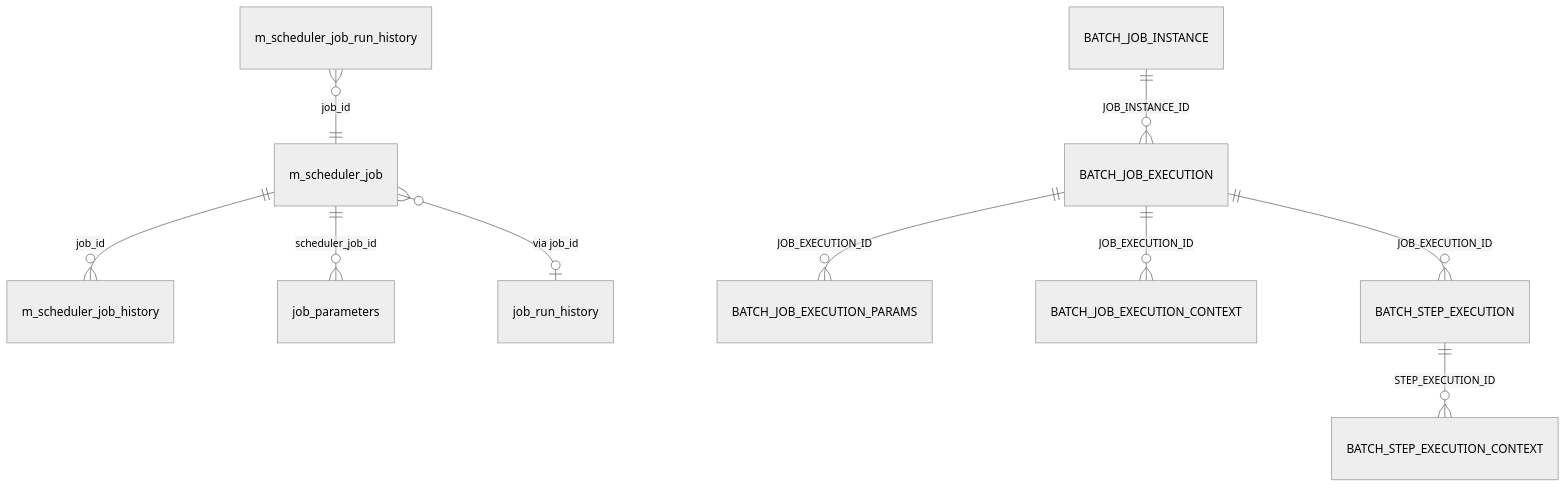
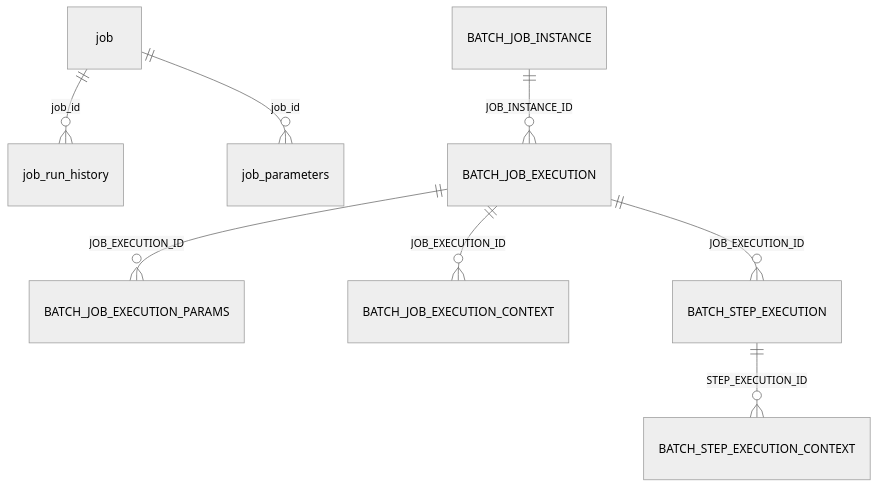
The diagram in models/jobs-model.mdx (mintlify-atlas/docs-wiki-7f6244b0), drawn with Mermaid (neutral theme) before and after one commit. The commit also changed other lines of this file and 28 other files, not shown here.

````diff
--- a/models/jobs-model.mdx
+++ b/models/jobs-model.mdx
@@ -16,12 +16,10 @@
 ```mermaid
 erDiagram
-    m_scheduler_job ||--o{ m_scheduler_job_history : "job_id"
-    m_scheduler_job ||--o{ job_parameters : "scheduler_job_id"
-    m_scheduler_job }o--o| job_run_history : "via job_id"
+    job ||--o{ job_run_history : "job_id"
+    job ||--o{ job_parameters : "job_id"
     BATCH_JOB_INSTANCE ||--o{ BATCH_JOB_EXECUTION : "JOB_INSTANCE_ID"
     BATCH_JOB_EXECUTION ||--o{ BATCH_JOB_EXECUTION_PARAMS : "JOB_EXECUTION_ID"
     BATCH_JOB_EXECUTION ||--o{ BATCH_JOB_EXECUTION_CONTEXT : "JOB_EXECUTION_ID"
     BATCH_JOB_EXECUTION ||--o{ BATCH_STEP_EXECUTION : "JOB_EXECUTION_ID"
     BATCH_STEP_EXECUTION ||--o{ BATCH_STEP_EXECUTION_CONTEXT : "STEP_EXECUTION_ID"
-    m_scheduler_job_run_history }o--|| m_scheduler_job : "job_id"
 ```
````
